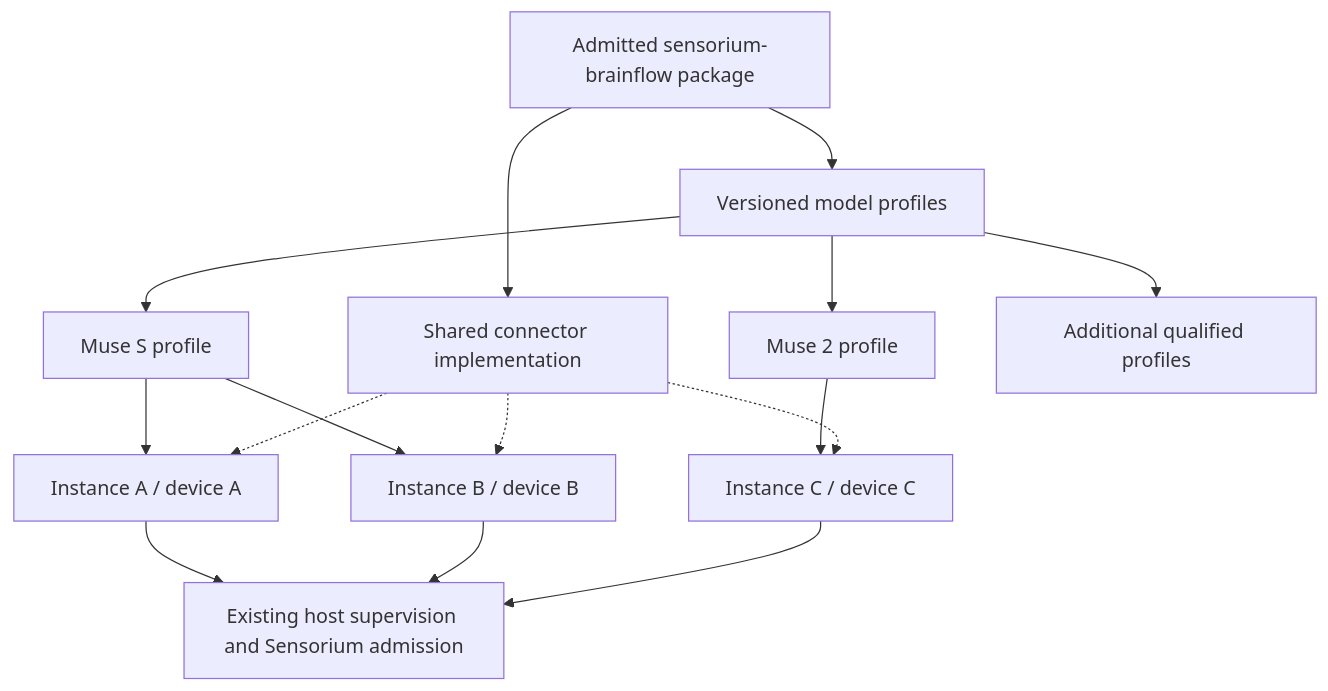
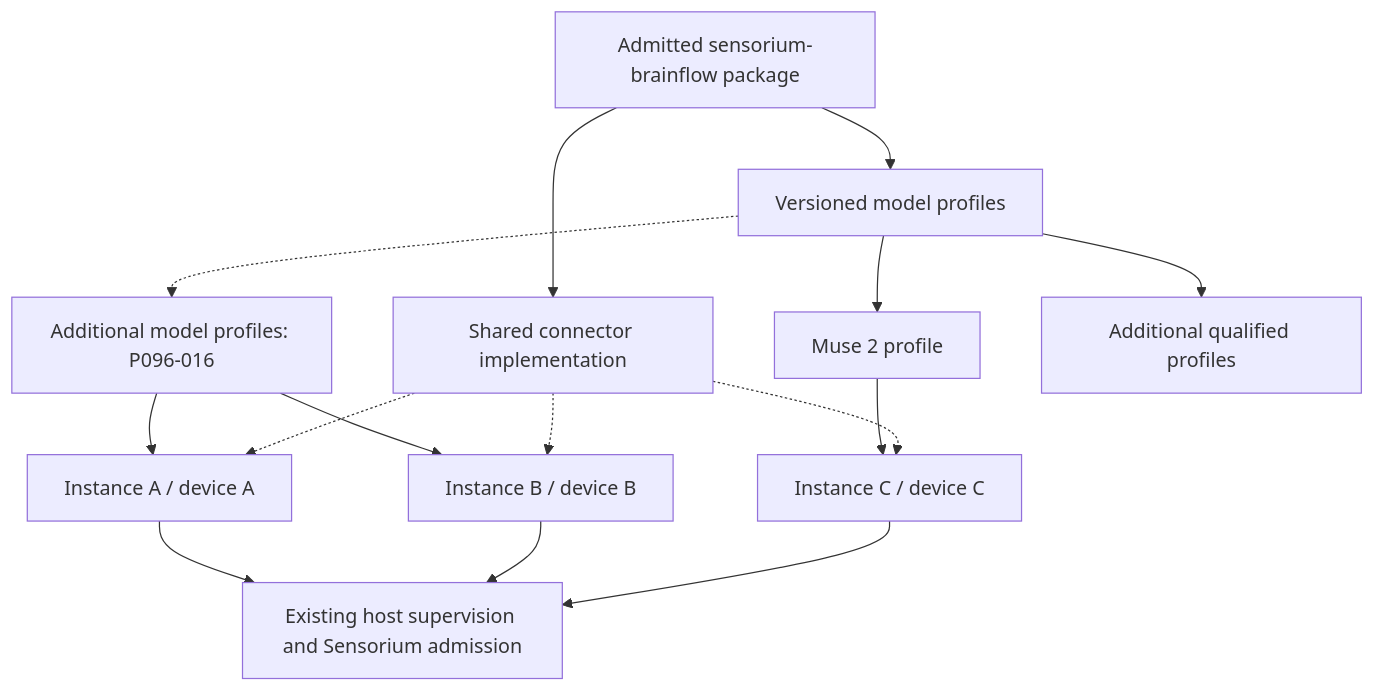
One commit to diapod/orbidocs changed the diagram in doc/project/40-proposals/096-sensorium-brainflow-connector.md. Above: the diagram before and after it, drawn with Mermaid. The commit also changed other lines of this file and 39 other files, not shown here.

````diff
--- a/doc/project/40-proposals/096-sensorium-brainflow-connector.md
+++ b/doc/project/40-proposals/096-sensorium-brainflow-connector.md
@@ -127,17 +129,17 @@
 ```mermaid
 flowchart TD
     package["Admitted sensorium-brainflow package"] --> runtime["Shared connector implementation"]
     package --> profiles["Versioned model profiles"]
-    profiles --> ms["Muse S profile"]
+    profiles -.-> ms["Additional model profiles: P096-016"]
     profiles --> m2["Muse 2 profile"]
     profiles --> other["Additional qualified profiles"]
     ms --> a["Instance A / device A"]
     ms --> b["Instance B / device B"]
     m2 --> c["Instance C / device C"]
     runtime -.-> a
     runtime -.-> b
     runtime -.-> c
     a --> host["Existing host supervision and Sensorium admission"]
     b --> host
     c --> host
 ```
````
